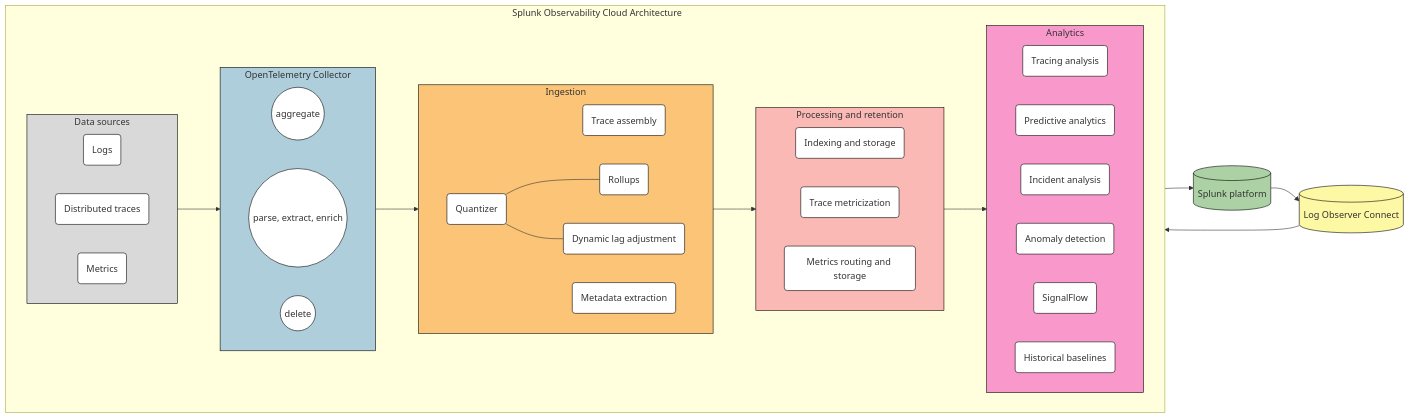
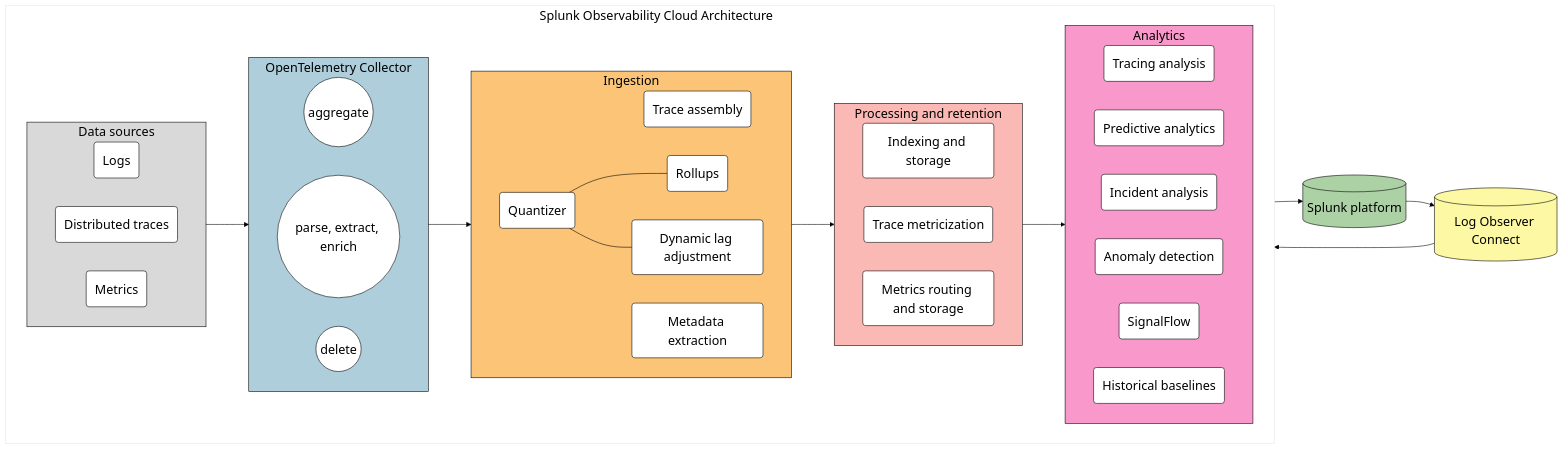
One commit to splunk/public-o11y-docs changed the diagram in get-started/o11y-architecture.rst. Above: the diagram before and after it, drawn with Mermaid.

Commit message:
Increase text size

```diff
--- a/get-started/o11y-architecture.rst
+++ b/get-started/o11y-architecture.rst
@@ -20,6 +20,7 @@
         'primaryBorderColor': '#000000',
         'nodeBorder':'#000000',
         'lineColor': '#000000',
+        'fontSize': '22px'
       }
     }
   }%%
```
